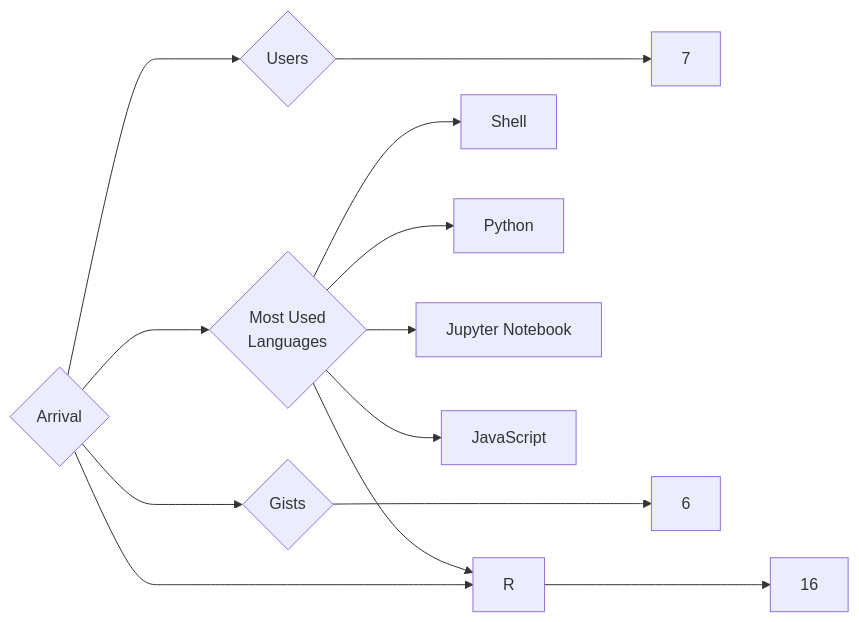
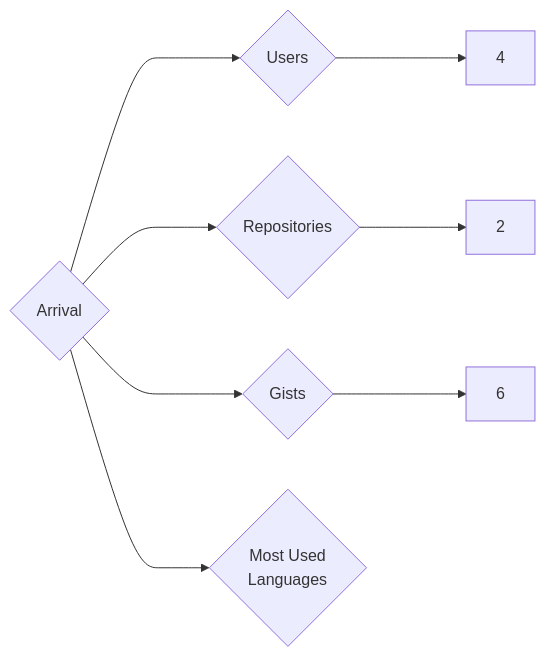
One commit to trickest/insiders changed the diagram in targets/Arrival/README.md. Above: the diagram before and after it, drawn with Mermaid. The commit also changed 912 other files, not shown here.

````diff
--- a/targets/Arrival/README.md
+++ b/targets/Arrival/README.md
@@ -3,13 +3,8 @@
 ```mermaid
 graph LR
 COMPANY_NAME{Arrival}
-COMPANY_NAME ---> U{Users} ---> UN[7]
-COMPANY_NAME ---> R{Repositories} ---> RN[16]
+COMPANY_NAME ---> U{Users} ---> UN[4]
+COMPANY_NAME ---> R{Repositories} ---> RN[2]
 COMPANY_NAME ---> G{Gists} ---> GN[6]
 COMPANY_NAME ---> ML{Most Used<br>Languages}
-ML --> Shell[Shell]
-ML --> R[R]
-ML --> Python[Python]
-ML --> Jupyter_Notebook[Jupyter Notebook]
-ML --> JavaScript[JavaScript]
 ```
````
